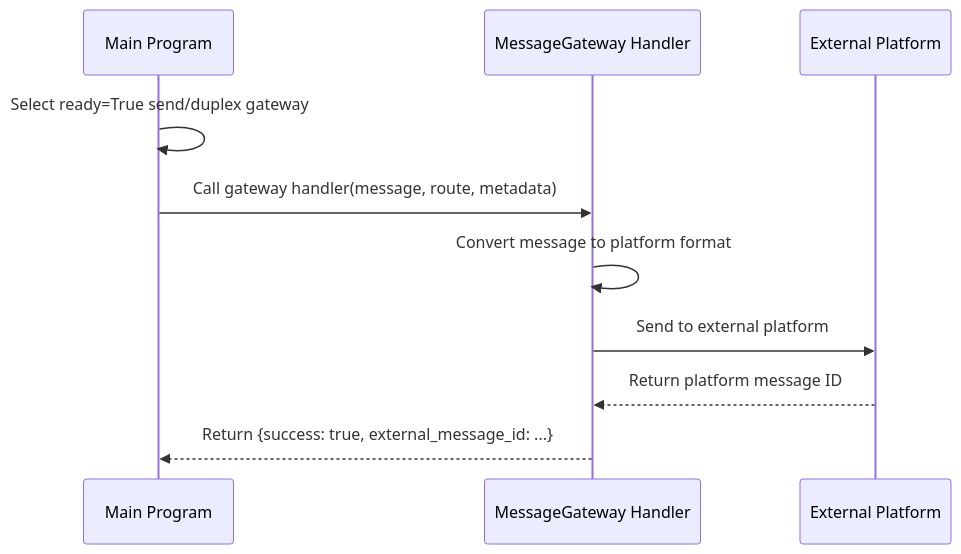
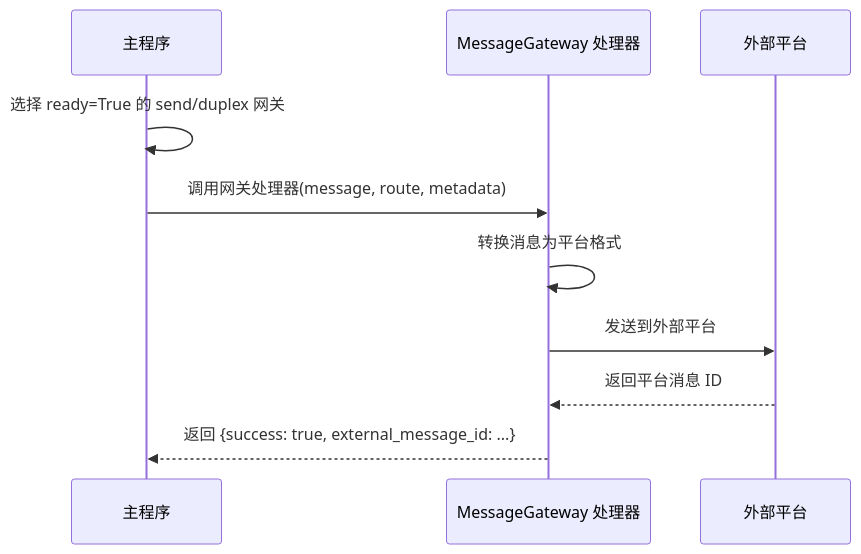
One commit to DrSmoothl/docs changed the first of 3 diagrams in en/develop/plugin-dev/message-gateway.md. Above: the diagram before and after it, drawn with Mermaid. The commit also changed other lines of this file and 50 other files, not shown here.

````diff
--- a/en/develop/plugin-dev/message-gateway.md
+++ b/en/develop/plugin-dev/message-gateway.md
@@ -241,13 +239,13 @@
 ```mermaid
 sequenceDiagram
-    participant Host as Main Program
-    participant GW as MessageGateway Handler
-    participant Platform as External Platform
+    participant Host as 主程序
+    participant GW as MessageGateway 处理器
+    participant Platform as 外部平台
 
-    Host->>Host: Select ready=True send/duplex gateway
-    Host->>GW: Call gateway handler(message, route, metadata)
-    GW->>GW: Convert message to platform format
-    GW->>Platform: Send to external platform
-    Platform-->>GW: Return platform message ID
-    GW-->>Host: Return {success: true, external_message_id: ...}
+    Host->>Host: 选择 ready=True 的 send/duplex 网关
+    Host->>GW: 调用网关处理器(message, route, metadata)
+    GW->>GW: 转换消息为平台格式
+    GW->>Platform: 发送到外部平台
+    Platform-->>GW: 返回平台消息 ID
+    GW-->>Host: 返回 {success: true, external_message_id: ...}
 ```
````
